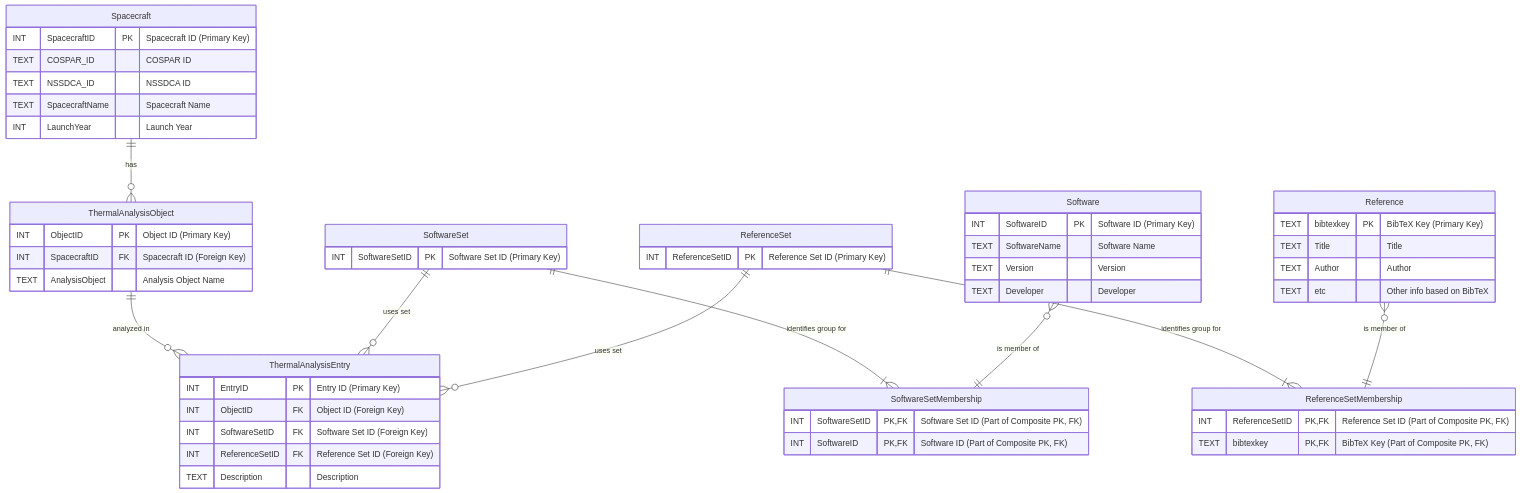
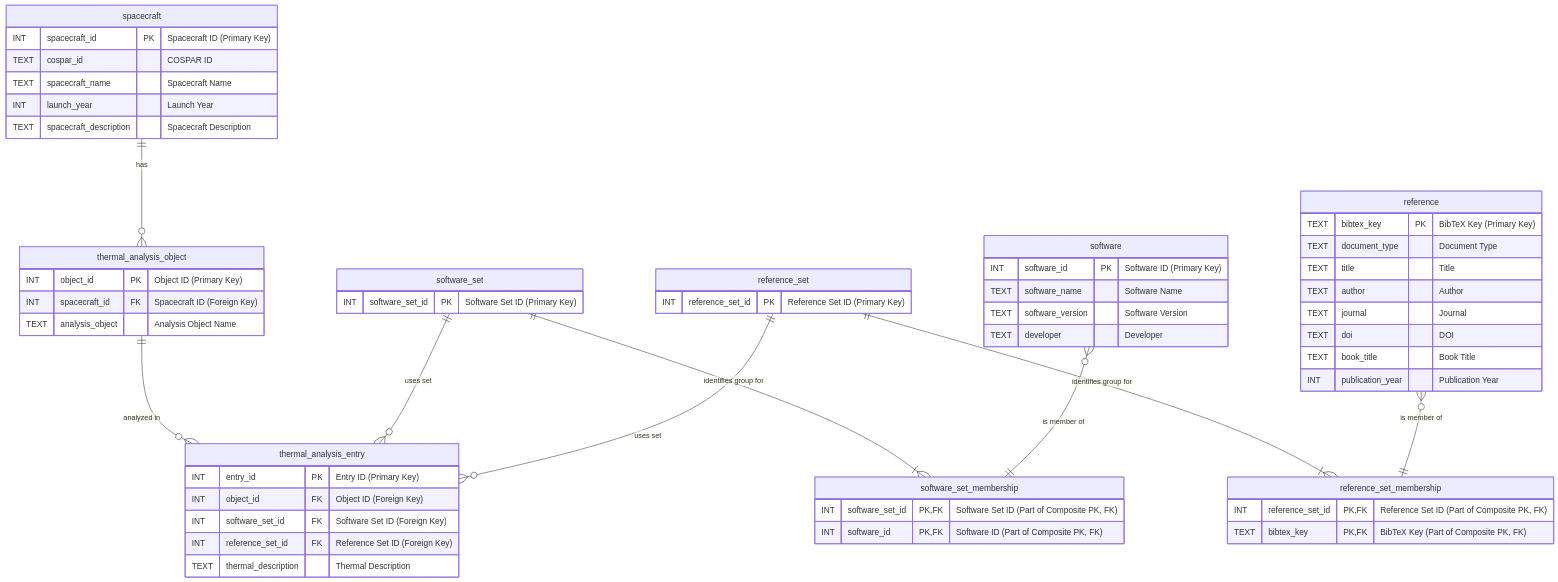
Before and after one commit to kanamesasaki/tasindex: the diagram in database/er_chart.mmd, drawn with Mermaid. The commit also changed 7 other files, not shown here.

```diff
--- a/database/er_chart.mmd
+++ b/database/er_chart.mmd
@@ -1,71 +1,75 @@
 erDiagram
     %% Entity Definitions
-    Spacecraft {
-        INT SpacecraftID PK "Spacecraft ID (Primary Key)"
-        TEXT COSPAR_ID "COSPAR ID"
-        TEXT NSSDCA_ID "NSSDCA ID"
-        TEXT SpacecraftName "Spacecraft Name"
-        INT LaunchYear "Launch Year"
+    spacecraft {
+        INT spacecraft_id PK "Spacecraft ID (Primary Key)"
+        TEXT cospar_id "COSPAR ID"
+        TEXT spacecraft_name "Spacecraft Name"
+        INT launch_year "Launch Year"
+        TEXT spacecraft_description "Spacecraft Description"
     }
 
-    ThermalAnalysisObject {
-        INT ObjectID PK "Object ID (Primary Key)"
-        INT SpacecraftID FK "Spacecraft ID (Foreign Key)"
-        TEXT AnalysisObject "Analysis Object Name"
+    thermal_analysis_object {
+        INT object_id PK "Object ID (Primary Key)"
+        INT spacecraft_id FK "Spacecraft ID (Foreign Key)"
+        TEXT analysis_object "Analysis Object Name"
     }
 
-    ThermalAnalysisEntry {
-        INT EntryID PK "Entry ID (Primary Key)"
-        INT ObjectID FK "Object ID (Foreign Key)"
-        INT SoftwareSetID FK "Software Set ID (Foreign Key)"
-        INT ReferenceSetID FK "Reference Set ID (Foreign Key)"
-        TEXT Description "Description"
+    thermal_analysis_entry {
+        INT entry_id PK "Entry ID (Primary Key)"
+        INT object_id FK "Object ID (Foreign Key)"
+        INT software_set_id FK "Software Set ID (Foreign Key)"
+        INT reference_set_id FK "Reference Set ID (Foreign Key)"
+        TEXT thermal_description "Thermal Description"
     }
 
     %% --- Software Related ---
-    SoftwareSet {
-        INT SoftwareSetID PK "Software Set ID (Primary Key)"
+    software_set {
+        INT software_set_id PK "Software Set ID (Primary Key)"
     }
-    %% SoftwareSet: This table solely defines the existence of a set
+    %% software_set: This table solely defines the existence of a set
 
-    Software {
-        INT SoftwareID PK "Software ID (Primary Key)"
-        TEXT SoftwareName "Software Name"
-        TEXT Version "Version"
-        TEXT Developer "Developer"
+    software {
+        INT software_id PK "Software ID (Primary Key)"
+        TEXT software_name "Software Name"
+        TEXT software_version "Software Version"
+        TEXT developer "Developer"
     }
 
-    SoftwareSetMembership {
-        INT SoftwareSetID PK, FK "Software Set ID (Part of Composite PK, FK)"
-        INT SoftwareID PK, FK "Software ID (Part of Composite PK, FK)"
+    software_set_membership {
+        INT software_set_id PK, FK "Software Set ID (Part of Composite PK, FK)"
+        INT software_id PK, FK "Software ID (Part of Composite PK, FK)"
     }
-    %% SoftwareSetMembership: This table defines which Software belongs to which Set
+    %% software_set_membership: This table defines which software belongs to which set
 
     %% --- Reference Related ---
-    ReferenceSet {
-        INT ReferenceSetID PK "Reference Set ID (Primary Key)"
+    reference_set {
+        INT reference_set_id PK "Reference Set ID (Primary Key)"
     }
-    %% ReferenceSet: This table solely defines the existence of a set
+    %% reference_set: This table solely defines the existence of a set
 
-    Reference {
-        TEXT bibtexkey PK "BibTeX Key (Primary Key)"
-        TEXT Title "Title"
-        TEXT Author "Author"
-        TEXT etc "Other info based on BibTeX"
+    reference {
+        TEXT bibtex_key PK "BibTeX Key (Primary Key)"
+        TEXT document_type "Document Type"
+        TEXT title "Title"
+        TEXT author "Author"
+        TEXT journal "Journal"
+        TEXT doi "DOI"
+        TEXT book_title "Book Title"
+        INT publication_year "Publication Year"
     }
 
-    ReferenceSetMembership {
-        INT ReferenceSetID PK, FK "Reference Set ID (Part of Composite PK, FK)"
-        TEXT bibtexkey PK, FK "BibTeX Key (Part of Composite PK, FK)"
+    reference_set_membership {
+        INT reference_set_id PK, FK "Reference Set ID (Part of Composite PK, FK)"
+        TEXT bibtex_key PK, FK "BibTeX Key (Part of Composite PK, FK)"
     }
-    %% ReferenceSetMembership: This table defines which Reference belongs to which Set
+    %% reference_set_membership: This table defines which reference belongs to which set
 
     %% Relationship Definitions (Crow's Foot Notation)
-    Spacecraft ||--o{ ThermalAnalysisObject : "has"
-    ThermalAnalysisObject ||--o{ ThermalAnalysisEntry : "analyzed in"
-    SoftwareSet ||--o{ ThermalAnalysisEntry : "uses set"
-    ReferenceSet ||--o{ ThermalAnalysisEntry : "uses set"
-    SoftwareSet ||--|{ SoftwareSetMembership : "identifies group for"
-    Software }o--|| SoftwareSetMembership : "is member of"
-    ReferenceSet ||--|{ ReferenceSetMembership : "identifies group for"
-    Reference }o--|| ReferenceSetMembership : "is member of"
+    spacecraft ||--o{ thermal_analysis_object : "has"
+    thermal_analysis_object ||--o{ thermal_analysis_entry : "analyzed in"
+    software_set ||--o{ thermal_analysis_entry : "uses set"
+    reference_set ||--o{ thermal_analysis_entry : "uses set"
+    software_set ||--|{ software_set_membership : "identifies group for"
+    software }o--|| software_set_membership : "is member of"
+    reference_set ||--|{ reference_set_membership : "identifies group for" 
+    reference }o--|| reference_set_membership : "is member of"
```
